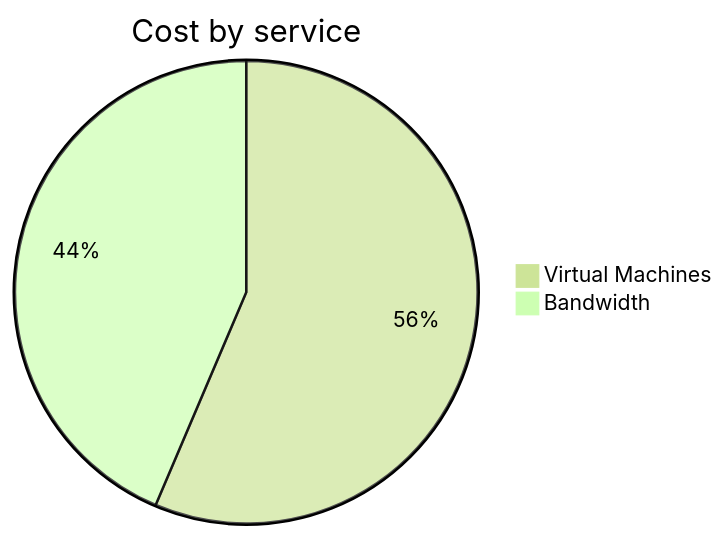
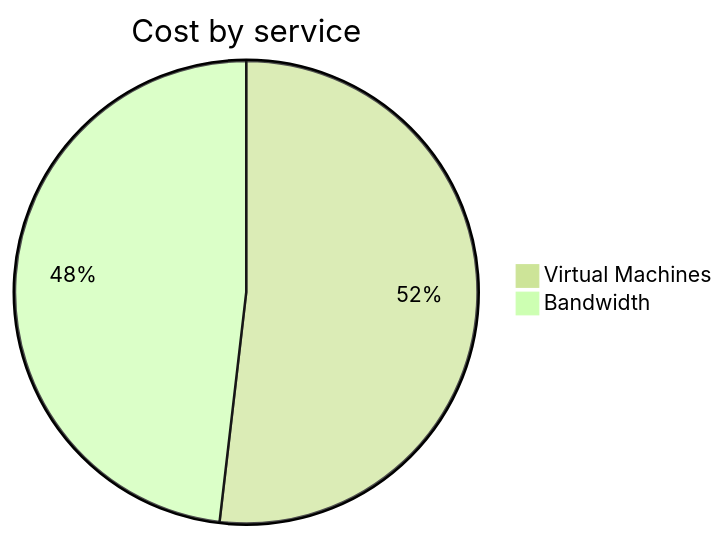
One commit to jpfulton/azure-personal-reports changed the second of 4 diagrams in cost-reports/personal-network/vpn-server.md. Above: the diagram before and after it, drawn with Mermaid (forest theme). The commit also changed other lines of this file and 8 other files, not shown here.

````diff
--- a/cost-reports/personal-network/vpn-server.md
+++ b/cost-reports/personal-network/vpn-server.md
@@ -96,6 +96,6 @@
 ```mermaid
 pie
    title Cost by service
-   "Virtual Machines" : 3.61
-   "Bandwidth" : 2.79
+   "Virtual Machines" : 3.80
+   "Bandwidth" : 3.53
 ```
````
